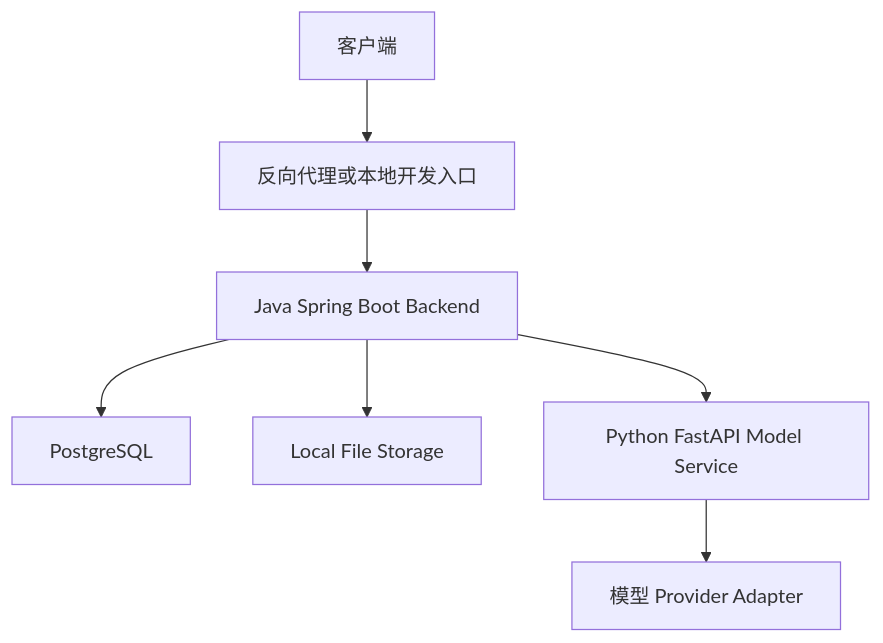
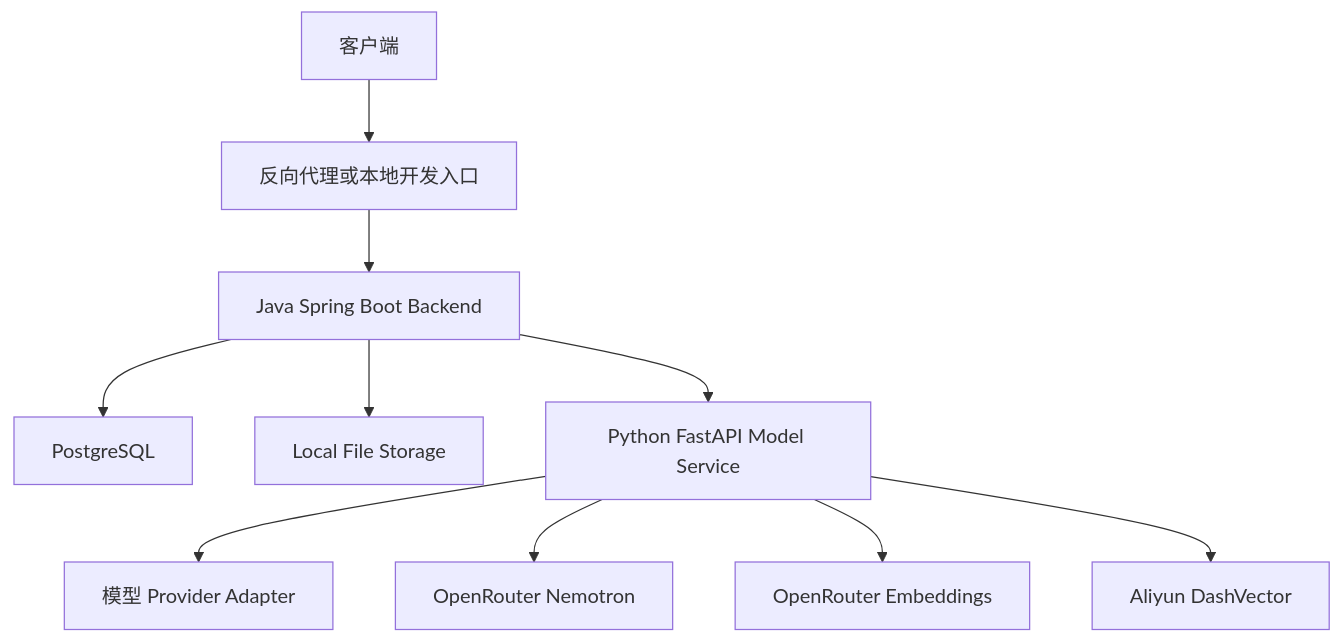
Before and after one commit to GnoixZ/Chrono-Agent: the second of 9 diagrams in docs/superpowers/specs/2026-06-11-chrono-agent-technical-solution.md, drawn with Mermaid. The commit also changed other lines of this file and 35 other files, not shown here.

````diff
--- a/docs/superpowers/specs/2026-06-11-chrono-agent-technical-solution.md
+++ b/docs/superpowers/specs/2026-06-11-chrono-agent-technical-solution.md
@@ -108,9 +108,12 @@
 ```mermaid
 flowchart TB
     Client["客户端"] --> Nginx["反向代理或本地开发入口"]
     Nginx --> Backend["Java Spring Boot Backend"]
     Backend --> Postgres["PostgreSQL"]
     Backend --> LocalStore["Local File Storage"]
     Backend --> Python["Python FastAPI Model Service"]
     Python --> ModelProviders["模型 Provider Adapter"]
+    Python --> OpenRouter["OpenRouter Nemotron"]
+    Python --> OpenRouterEmbedding["OpenRouter Embeddings"]
+    Python --> DashVector["Aliyun DashVector"]
 ```
````
